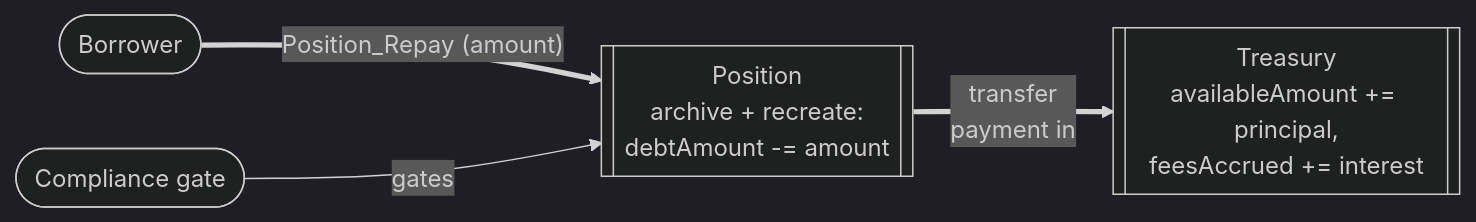
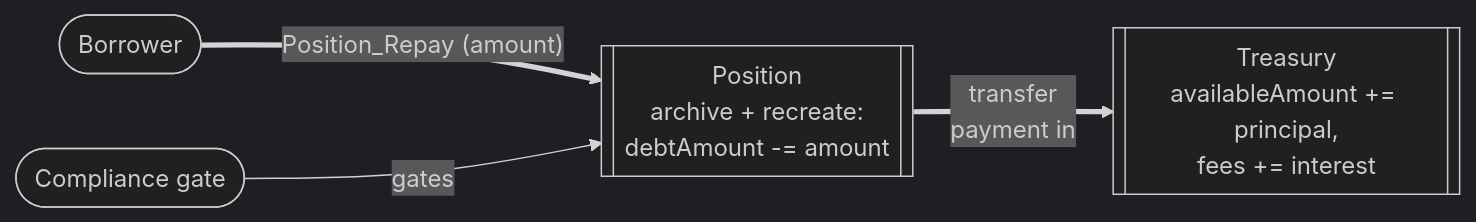
The fifth of 9 diagrams in docs/reference-architectures/lending.md (OpenZeppelin/canton-specs), drawn with Mermaid (dark theme) before and after one commit. The commit also changed other lines of this file, not shown here.

````diff
--- a/docs/reference-architectures/lending.md
+++ b/docs/reference-architectures/lending.md
@@ -383,11 +377,11 @@
 ```mermaid
 flowchart LR
     Borrower([Borrower])
     Compliance(["Compliance gate"])
     Position[["Position<br/>archive + recreate:<br/>debtAmount -= amount"]]
-    Treasury[["Treasury<br/>availableAmount += principal,<br/>feesAccrued += interest"]]
+    Treasury[["Treasury<br/>availableAmount += principal,<br/>fees += interest"]]
 
     Borrower ==>|"Position_Repay (amount)"| Position
     Compliance -->|"gates"| Position
     Position ==>|"transfer<br/>payment in"| Treasury
 ```
````
